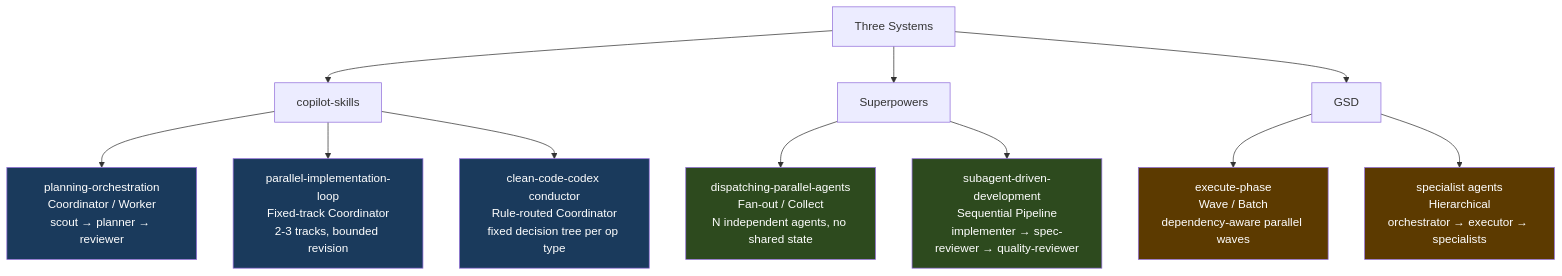
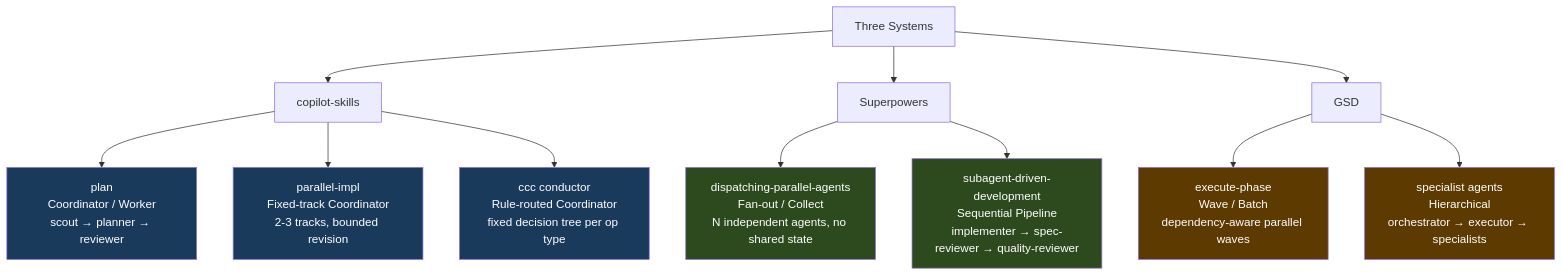
The second of 9 diagrams in docs/swarm-orchestration.md (mikecubed/agent-orchestration), drawn with Mermaid before and after one commit. The commit also changed other lines of this file and 222 other files, not shown here.

````diff
--- a/docs/swarm-orchestration.md
+++ b/docs/swarm-orchestration.md
@@ -61,26 +61,26 @@
 ```mermaid
 flowchart TD
     SYSTEMS["Three Systems"]
 
     SYSTEMS --> US["copilot-skills"]
     SYSTEMS --> SP["Superpowers"]
     SYSTEMS --> GSD["GSD"]
 
-    US --> US1["planning-orchestration\nCoordinator / Worker\nscout → planner → reviewer"]
-    US --> US2["parallel-implementation-loop\nFixed-track Coordinator\n2-3 tracks, bounded revision"]
-    US --> US3["clean-code-codex conductor\nRule-routed Coordinator\nfixed decision tree per op type"]
+    US --> US1["plan\nCoordinator / Worker\nscout → planner → reviewer"]
+    US --> US2["parallel-impl\nFixed-track Coordinator\n2-3 tracks, bounded revision"]
+    US --> US3["ccc conductor\nRule-routed Coordinator\nfixed decision tree per op type"]
 
     SP --> SP1["dispatching-parallel-agents\nFan-out / Collect\nN independent agents, no shared state"]
     SP --> SP2["subagent-driven-development\nSequential Pipeline\nimplementer → spec-reviewer → quality-reviewer"]
 
     GSD --> GSD1["execute-phase\nWave / Batch\ndependency-aware parallel waves"]
     GSD --> GSD2["specialist agents\nHierarchical\norchestrator → executor → specialists"]
 
     style US1 fill:#1a3a5c,color:#fff
     style US2 fill:#1a3a5c,color:#fff
     style US3 fill:#1a3a5c,color:#fff
     style SP1 fill:#2d4a1e,color:#fff
     style SP2 fill:#2d4a1e,color:#fff
     style GSD1 fill:#5c3a00,color:#fff
     style GSD2 fill:#5c3a00,color:#fff
 ```
````
